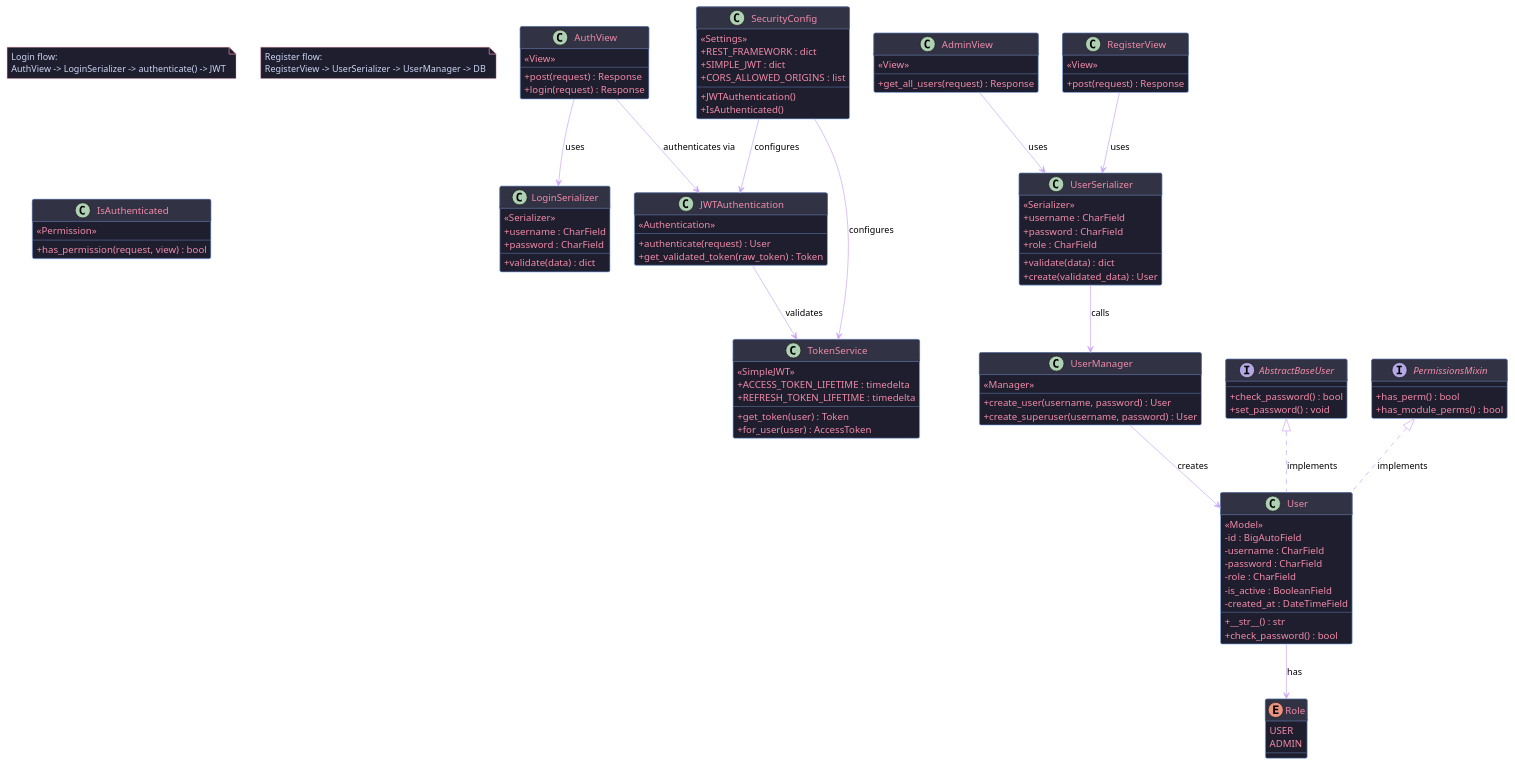
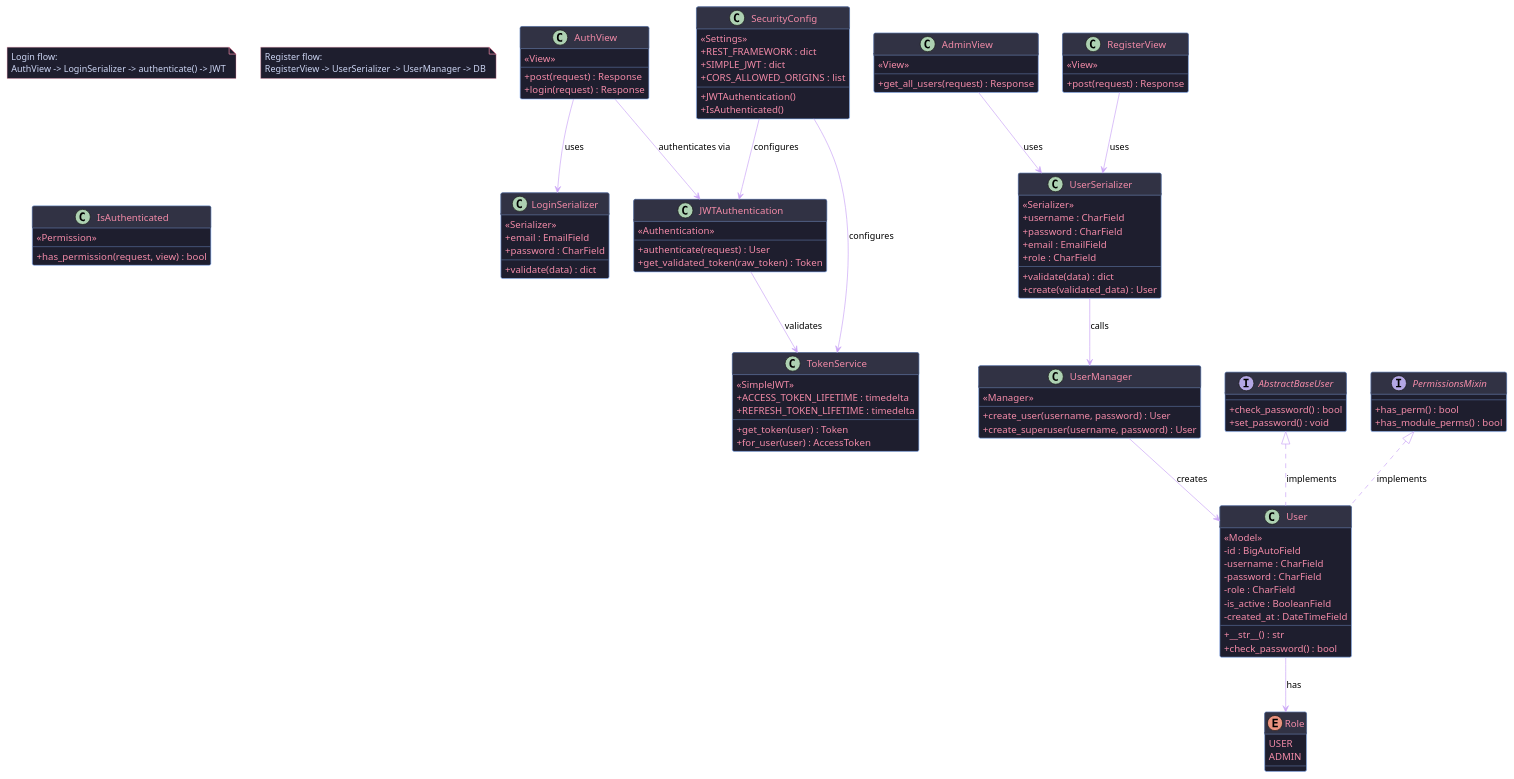
One commit to engmostafacs50/Library-System changed the diagram in UMLcode/UserModule.puml. Above: the diagram before and after it, drawn with PlantUML. The commit also changed 2 other files, not shown here.

```diff
--- a/UMLcode/UserModule.puml
+++ b/UMLcode/UserModule.puml
@@ -1,135 +1,136 @@
 @startuml User_Module_Django
 
 skinparam classAttributeIconSize 0
 skinparam class {
     BackgroundColor #1e1e2e
     BorderColor #89b4fa
     ArrowColor #cba6f7
     FontColor #cdd6f4
     AttributeFontColor #f38ba8
     StereotypeFontColor #a6e3a1
     HeaderBackgroundColor #313244
 }
 skinparam note {
     BackgroundColor #1e1e2e
     BorderColor #f38ba8
     FontColor #cdd6f4
 }
 
 note as LoginNote
   Login flow:
   AuthView -> LoginSerializer -> authenticate() -> JWT
 end note
 
 note as RegisterNote
   Register flow:
   RegisterView -> UserSerializer -> UserManager -> DB
 end note
 
 class AuthView {
     <<View>>
     +post(request) : Response
     +login(request) : Response
 }
 
 class AdminView {
     <<View>>
     +get_all_users(request) : Response
 }
 
 class RegisterView {
     <<View>>
     +post(request) : Response
 }
 
 class UserSerializer {
     <<Serializer>>
     +username : CharField
     +password : CharField
+    +email : EmailField
     +role : CharField
     +validate(data) : dict
     +create(validated_data) : User
 }
 
 class LoginSerializer {
     <<Serializer>>
-    +username : CharField
+    +email : EmailField
     +password : CharField
     +validate(data) : dict
 }
 
 class SecurityConfig {
     <<Settings>>
     +REST_FRAMEWORK : dict
     +SIMPLE_JWT : dict
     +CORS_ALLOWED_ORIGINS : list
     +JWTAuthentication()
     +IsAuthenticated()
 }
 
 class TokenService {
     <<SimpleJWT>>
     +ACCESS_TOKEN_LIFETIME : timedelta
     +REFRESH_TOKEN_LIFETIME : timedelta
     +get_token(user) : Token
     +for_user(user) : AccessToken
 }
 
 class JWTAuthentication {
     <<Authentication>>
     +authenticate(request) : User
     +get_validated_token(raw_token) : Token
 }
 
 class IsAuthenticated {
     <<Permission>>
     +has_permission(request, view) : bool
 }
 
 class UserManager {
     <<Manager>>
     +create_user(username, password) : User
     +create_superuser(username, password) : User
 }
 
 class User {
     <<Model>>
     -id : BigAutoField
     -username : CharField
     -password : CharField
     -role : CharField
     -is_active : BooleanField
     -created_at : DateTimeField
     +__str__() : str
     +check_password() : bool
 }
 
 enum Role {
     USER
     ADMIN
 }
 
 interface AbstractBaseUser {
     +check_password() : bool
     +set_password() : void
 }
 
 interface PermissionsMixin {
     +has_perm() : bool
     +has_module_perms() : bool
 }
 
 AuthView --> LoginSerializer : uses
 AuthView --> JWTAuthentication : authenticates via
 RegisterView --> UserSerializer : uses
 AdminView --> UserSerializer : uses
 SecurityConfig --> JWTAuthentication : configures
 SecurityConfig --> TokenService : configures
 JWTAuthentication --> TokenService : validates
 UserSerializer --> UserManager : calls
 UserManager --> User : creates
 AbstractBaseUser <|.. User : implements
 PermissionsMixin <|.. User : implements
 User --> Role : has
 
 @enduml
```
